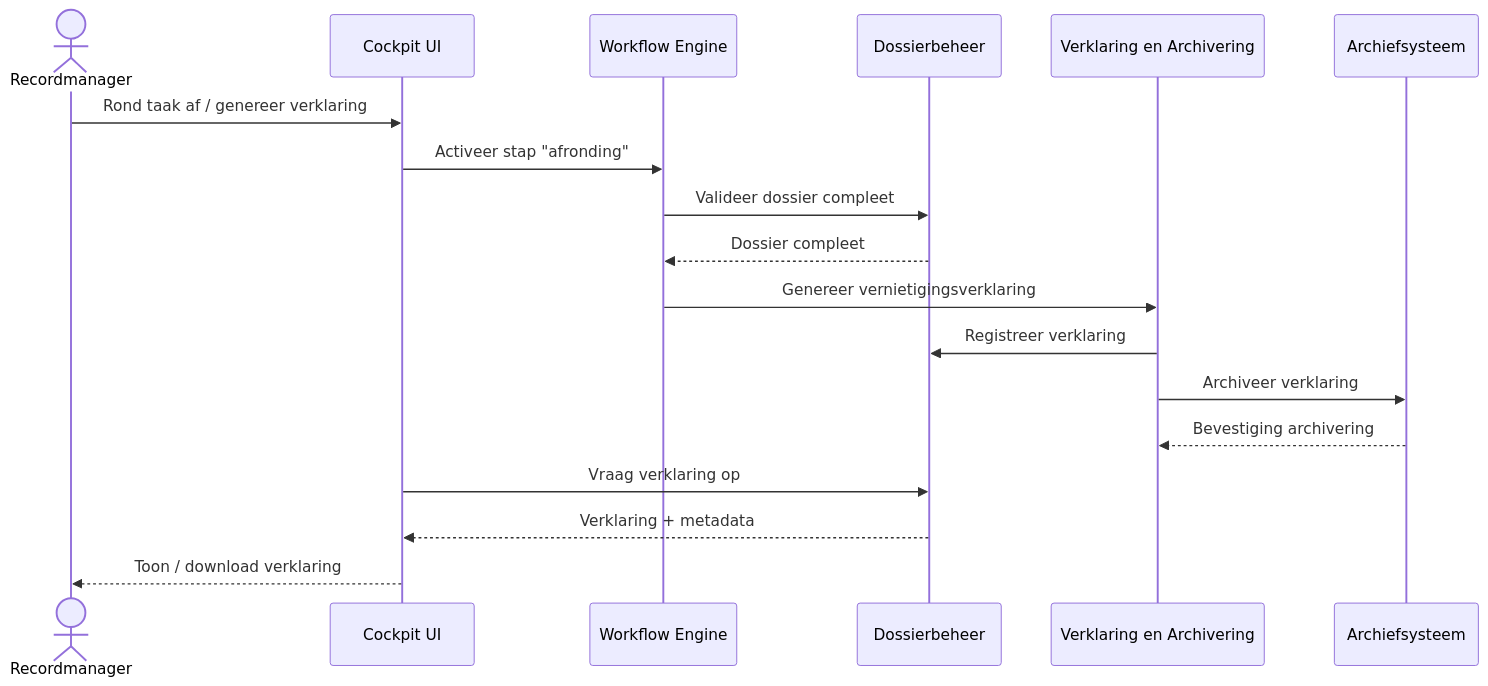
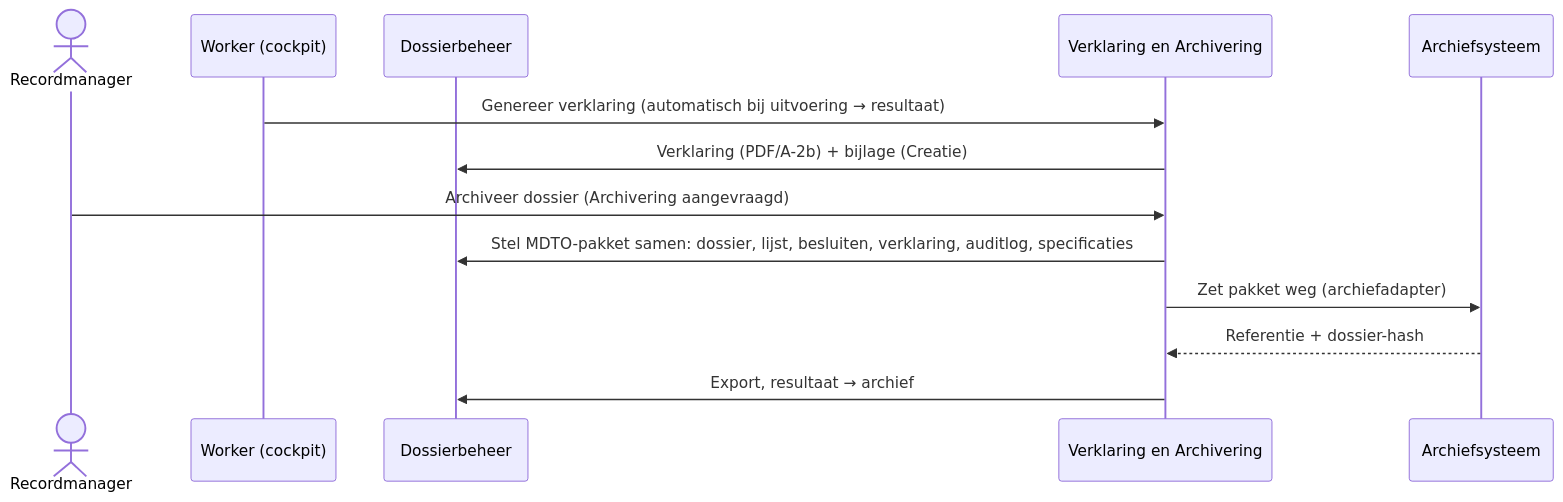
One commit to GemeenteArnhem/Vernietigingscockpit changed the eighth of 12 diagrams in architectuur/sequence-diagrammen.md. Above: the diagram before and after it, drawn with Mermaid. The commit also changed other lines of this file and 39 other files, not shown here.

````diff
--- a/architectuur/sequence-diagrammen.md
+++ b/architectuur/sequence-diagrammen.md
@@ -245,25 +243,17 @@
 ```mermaid
 sequenceDiagram
     actor RM as Recordmanager
-    participant UI as Cockpit UI
-    participant WF as Workflow Engine
+    participant WF as Worker (cockpit)
     participant D as Dossierbeheer
     participant V as Verklaring en Archivering
     participant Z as Archiefsysteem
 
-    RM ->> UI: Rond taak af / genereer verklaring
-    UI ->> WF: Activeer stap "afronding"
+    WF ->> V: Genereer verklaring (automatisch bij uitvoering → resultaat)
+    V ->> D: Verklaring (PDF/A-2b) + bijlage (Creatie)
 
-    WF ->> D: Valideer dossier compleet
-    D -->> WF: Dossier compleet
-
-    WF ->> V: Genereer vernietigingsverklaring
-    V ->> D: Registreer verklaring
-
-    V ->> Z: Archiveer verklaring
-    Z -->> V: Bevestiging archivering
-
-    UI ->> D: Vraag verklaring op
-    D -->> UI: Verklaring + metadata
-    UI -->> RM: Toon / download verklaring
+    RM ->> V: Archiveer dossier (Archivering aangevraagd)
+    V ->> D: Stel MDTO-pakket samen: dossier, lijst, besluiten, verklaring, auditlog, specificaties
+    V ->> Z: Zet pakket weg (archiefadapter)
+    Z -->> V: Referentie + dossier-hash
+    V ->> D: Export, resultaat → archief
 ```
````
